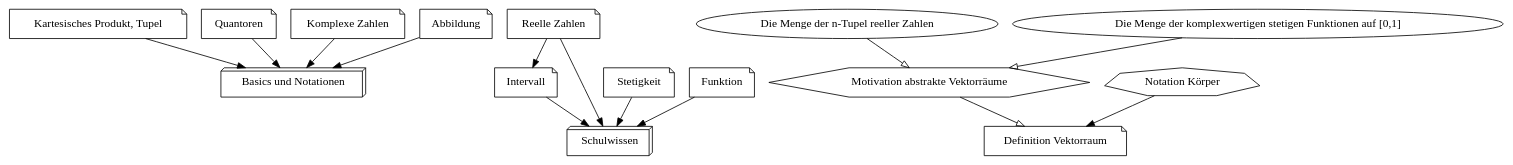
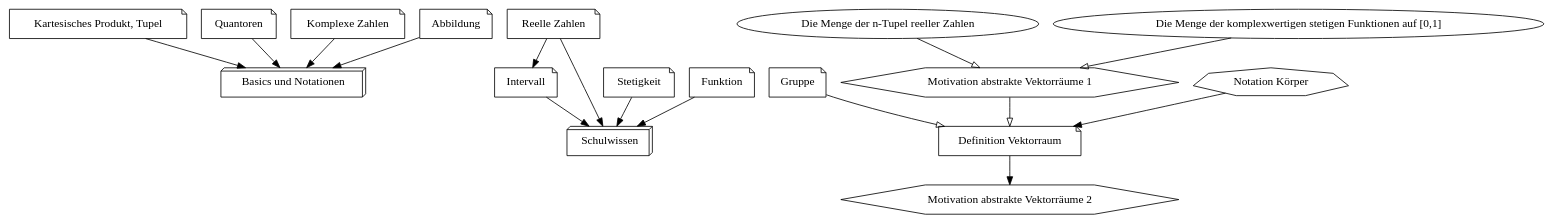
Before and after one commit to serlo-graphs/serlo-graphs.github.io: the diagram in graphviz/dot/linalg.dot, drawn with Graphviz. The commit also changed 2 other files, not shown here.

```diff
--- a/graphviz/dot/linalg.dot
+++ b/graphviz/dot/linalg.dot
@@ -1,49 +1,52 @@
 
 
 
 
 
 
 
 
 
 
 
 
 digraph G {
 p1[label="Kartesisches Produkt, Tupel", shape=note]
 p2[label="Quantoren", shape=note]
 p3[label="Reelle Zahlen", shape=note]
 p4[label="Komplexe Zahlen", shape=note]
 p5[label="Stetigkeit", shape=note]
 p6[label="Intervall", shape=note]
 p7[label="Abbildung", shape=note]
 p8[label="Funktion", shape=note]
+p9[label="Gruppe", shape=note]
 
 m1[label="Basics und Notationen", shape=box3d]
 m2[label="Schulwissen", shape=box3d]
 
 n1_1[label="Die Menge der n-Tupel reeller Zahlen", shape=ellipse]
 n1_2[label="Die Menge der komplexwertigen stetigen Funktionen auf [0,1]", shape=ellipse]
-n1_3[label="Motivation abstrakte Vektorräume", shape=hexagon]
+n1_3[label="Motivation abstrakte Vektorräume 1", shape=hexagon]
 n1_4[label="Notation Körper", shape=septagon]
 n1_5[label="Definition Vektorraum", shape=note]
+n1_6[label="Motivation abstrakte Vektorräume 2", shape=hexagon]
 
 p1->m1 [arrowhead=normal]
 p2->m1 [arrowhead=normal]
 p4->m1 [arrowhead=normal]
 p7->m1 [arrowhead=normal]
 
 p3->m2 [arrowhead=normal]
 p5->m2 [arrowhead=normal]
 p6->m2 [arrowhead=normal]
 p8->m2 [arrowhead=normal]
 
 p3->p6 [arrowhead=normal]
 
 n1_1->n1_3 [arrowhead=onormal]
 n1_2->n1_3 [arrowhead=onormal]
 n1_3->n1_5 [arrowhead=onormal]
 n1_4->n1_5 [arrowhead=normal]
-
+p9->n1_5 [arrowhead=onormal]
+n1_5->n1_6 [arrowhead=normal]
 }
```
